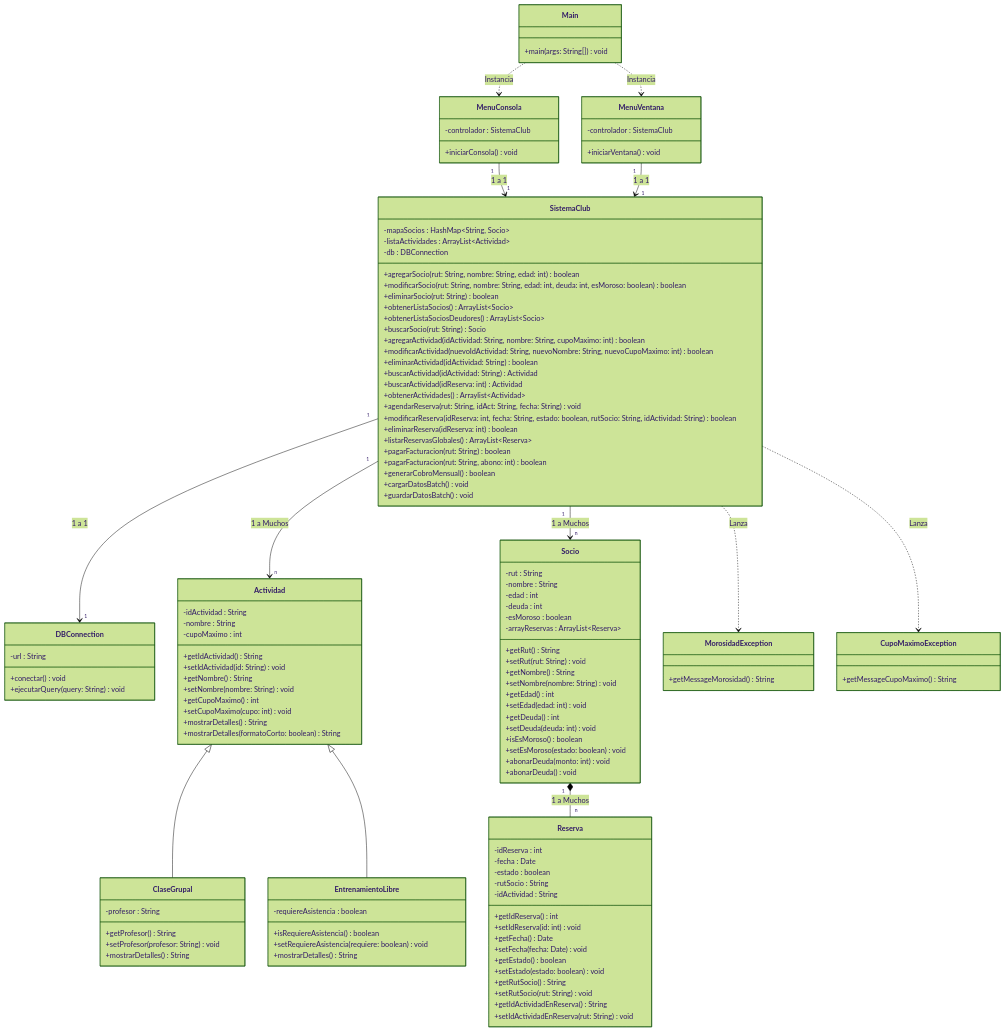
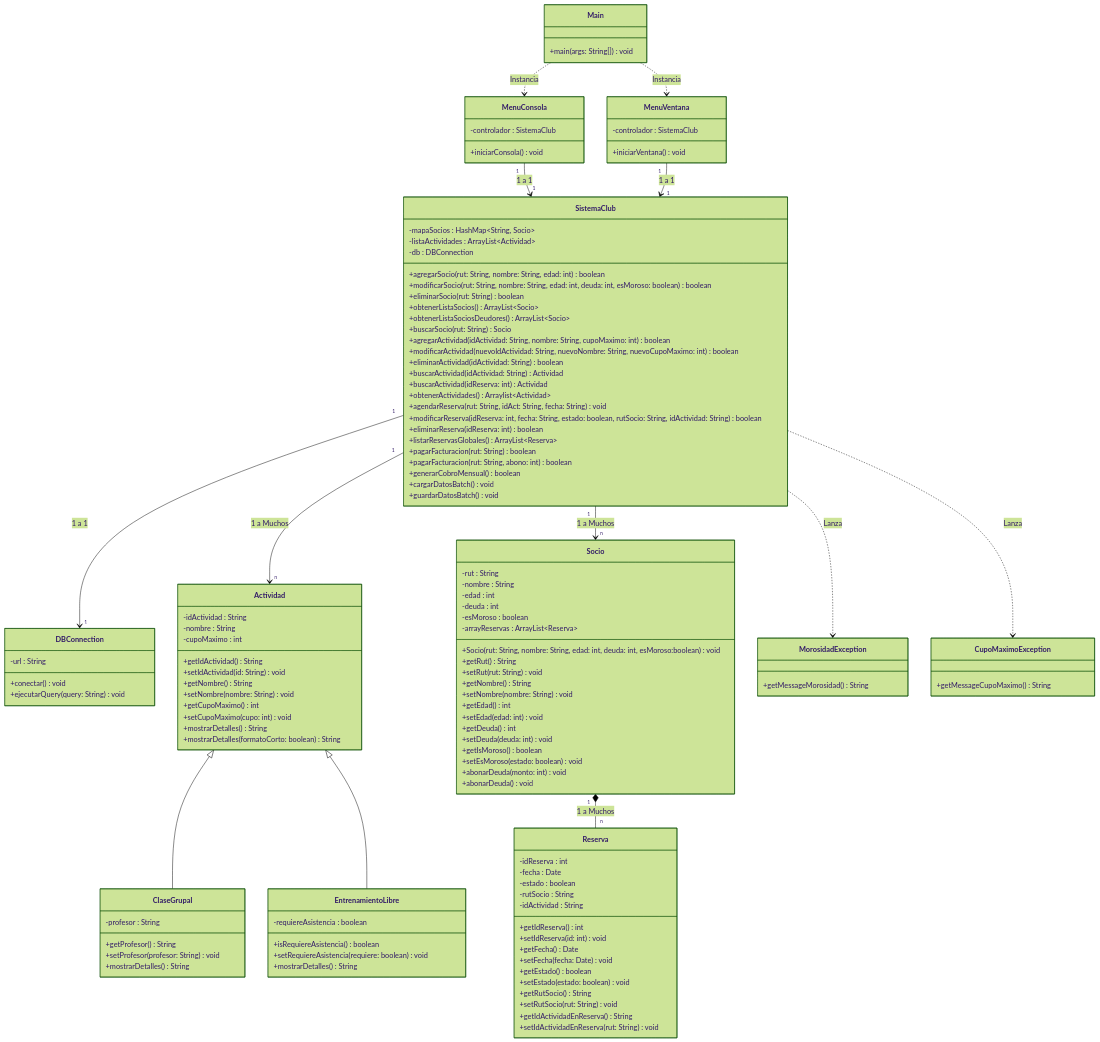
One commit to L3v1smpr/ProyectoProgramacionAvanzadaUno changed the diagram in planificacion/Diagrama de Clases UML.md. Above: the diagram before and after it, drawn with Mermaid (forest theme). The commit also changed 11 other files, not shown here.

Commit message:
Solucion de varios problemas antes de comenzar el proyecto, agregamos imports para poder trabajar con los diferentes módulos [sujeto a cambios] y añadimos las excepciones a los métodos que las utilizarán, además de corregir ciertos métodos mal declarados con respecto al diagrama UML de clases

```diff
--- a/planificacion/Diagrama de Clases UML.md
+++ b/planificacion/Diagrama de Clases UML.md
@@ -88,6 +88,7 @@
         -deuda : int
         -esMoroso : boolean
         -arrayReservas : ArrayList~Reserva~
+        +Socio(rut: String, nombre: String, edad: int, deuda: int, esMoroso:boolean) void
         +getRut() String
         +setRut(rut: String) void
         +getNombre() String
@@ -96,7 +97,7 @@
         +setEdad(edad: int) void
         +getDeuda() int
         +setDeuda(deuda: int) void
-        +isEsMoroso() boolean
+        +getIsMoroso() boolean
         +setEsMoroso(estado: boolean) void
         +abonarDeuda(monto: int) void
         +abonarDeuda() void
```
